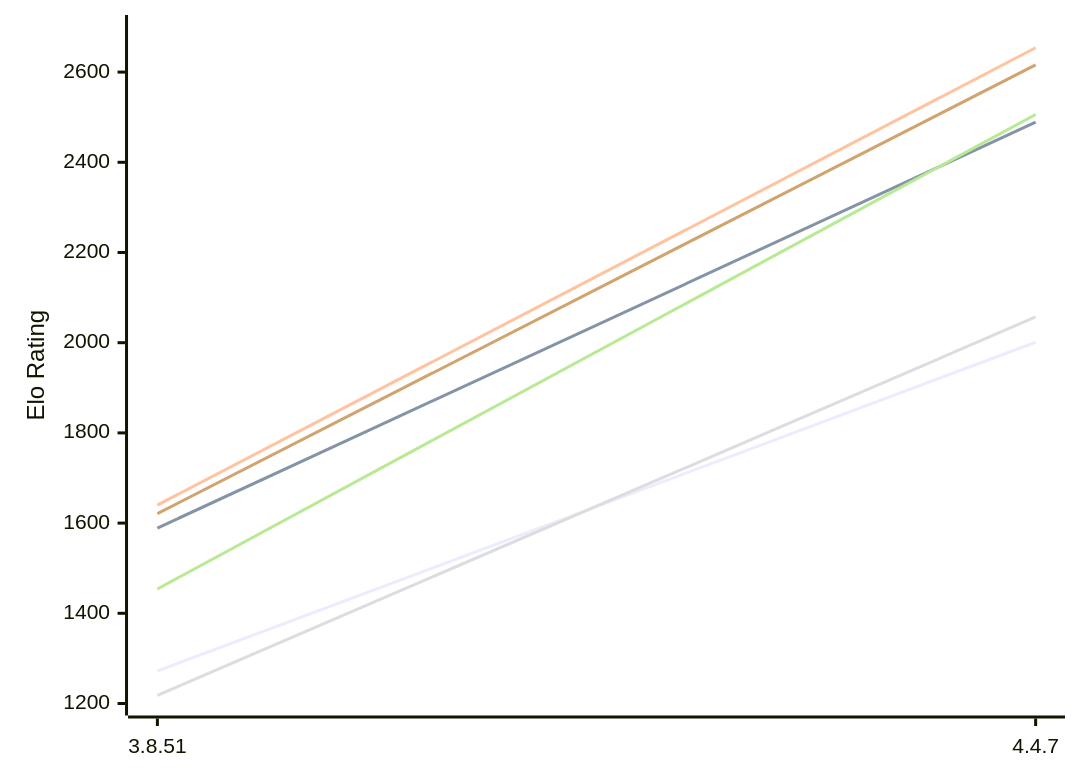
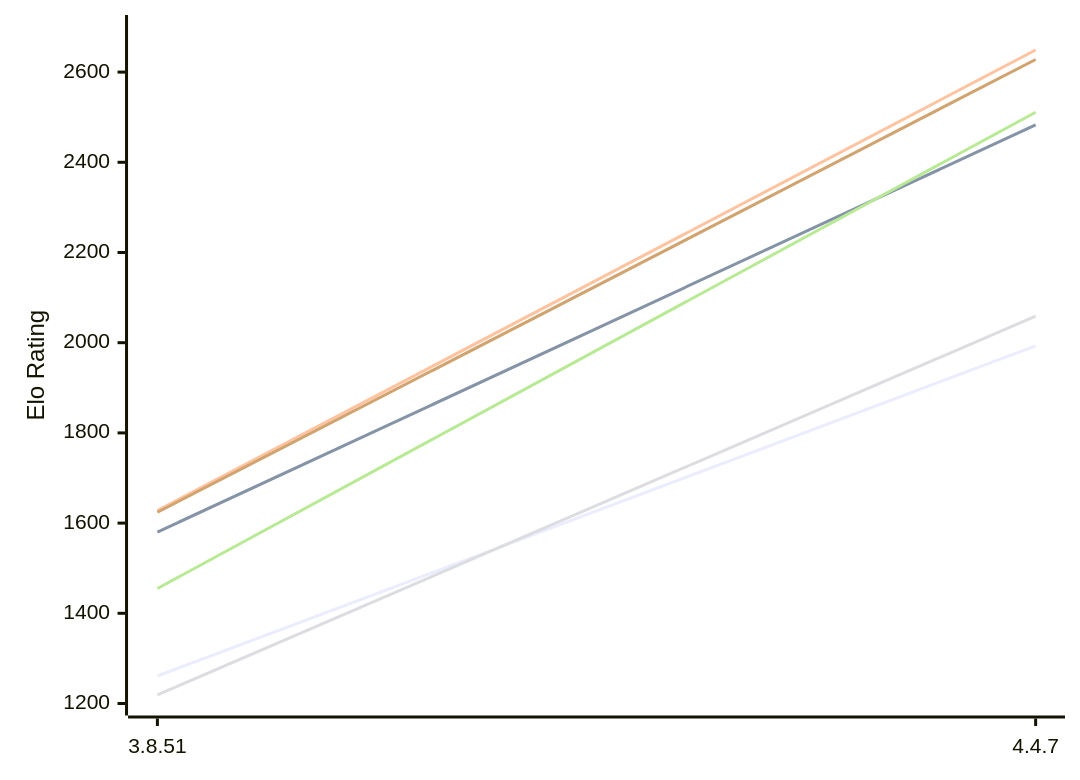
One commit to computer-chess-index/cci changed the first of 2 diagrams in engines/Scoria.md. Above: the diagram before and after it, drawn with Mermaid. The commit also changed other lines of this file, not shown here.

Commit message:
Update CCI Ratings (ELO VLTC) - 2026-11-18

````diff
--- a/engines/Scoria.md
+++ b/engines/Scoria.md
@@ -50,12 +50,12 @@
 ```mermaid
 %%{init: {"theme":"base","themeVariables":{"seriesColors:['#a3a3a3','#222221','#faa371']}}}%%
 xychart-beta
   x-axis ["3.8.51", "4.4.7"]
   y-axis "Elo Rating" 1200 --> 2700
-  line "E1: STC (8.0+0.08s)" [1272, 2001]
-  line "E1: LTC (60.0+0.60s)" [1589, 2489]
-  line "E1: VLTC (2m24s+1.12s)" [1640, 2654]
-  line "P1: STC (8.0+0.08s)" [1218, 2057]
-  line "P1: LTC (60.0+0.60s)" [1454, 2506]
-  line "P1: VLTC (2m24s+1.12s)" [1621, 2616]
+  line "E1: STC (8.0+0.08s)" [1261, 1993]
+  line "E1: LTC (60.0+0.60s)" [1580, 2483]
+  line "E1: VLTC (2m24s+1.12s)" [1628, 2649]
+  line "P1: STC (8.0+0.08s)" [1219, 2059]
+  line "P1: LTC (60.0+0.60s)" [1455, 2511]
+  line "P1: VLTC (2m24s+1.12s)" [1624, 2628]
 ```
````
